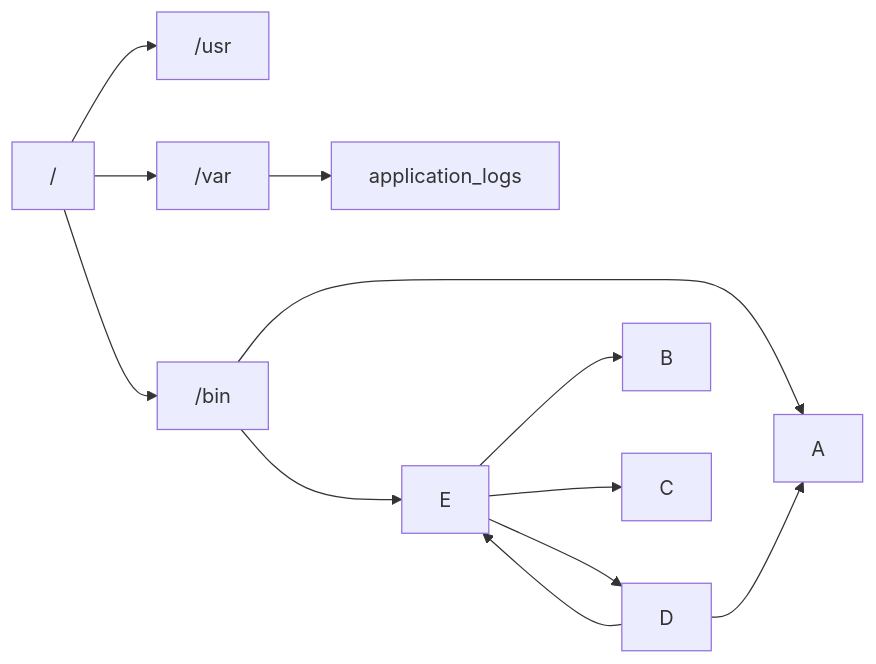
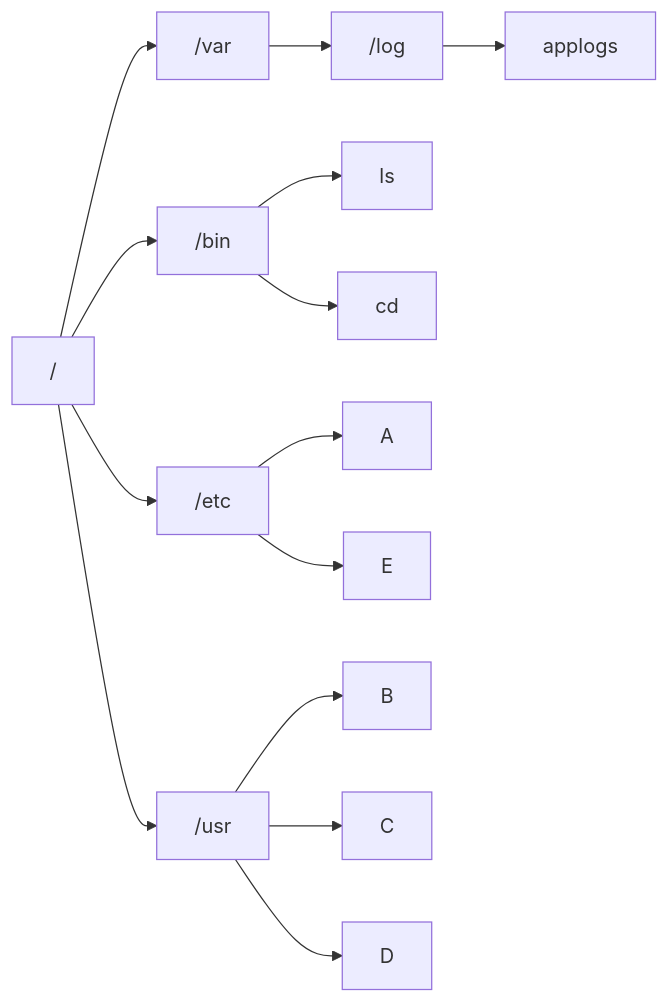
Before and after one commit to blanco-pipelines/plat-eng: the diagram in labs/1.1-file-navigation.md, drawn with Mermaid.

````diff
--- a/labs/1.1-file-navigation.md
+++ b/labs/1.1-file-navigation.md
@@ -135,10 +135,11 @@
    ```mermaid
    graph LR;
-       /--> /usr & /bin & /var
-       /var --> /log[application_logs]:::desc
-       /bin--> A & E
-       D--> A & E
-       E--> B & C & D
+       /--> /usr & /bin & /var & /etc
+       /var --> /log
+       /log --> applogs
+       /bin--> ls & cd
+       /etc--> A & E
+       /usr--> B & C & D
 
 
    ```
````
